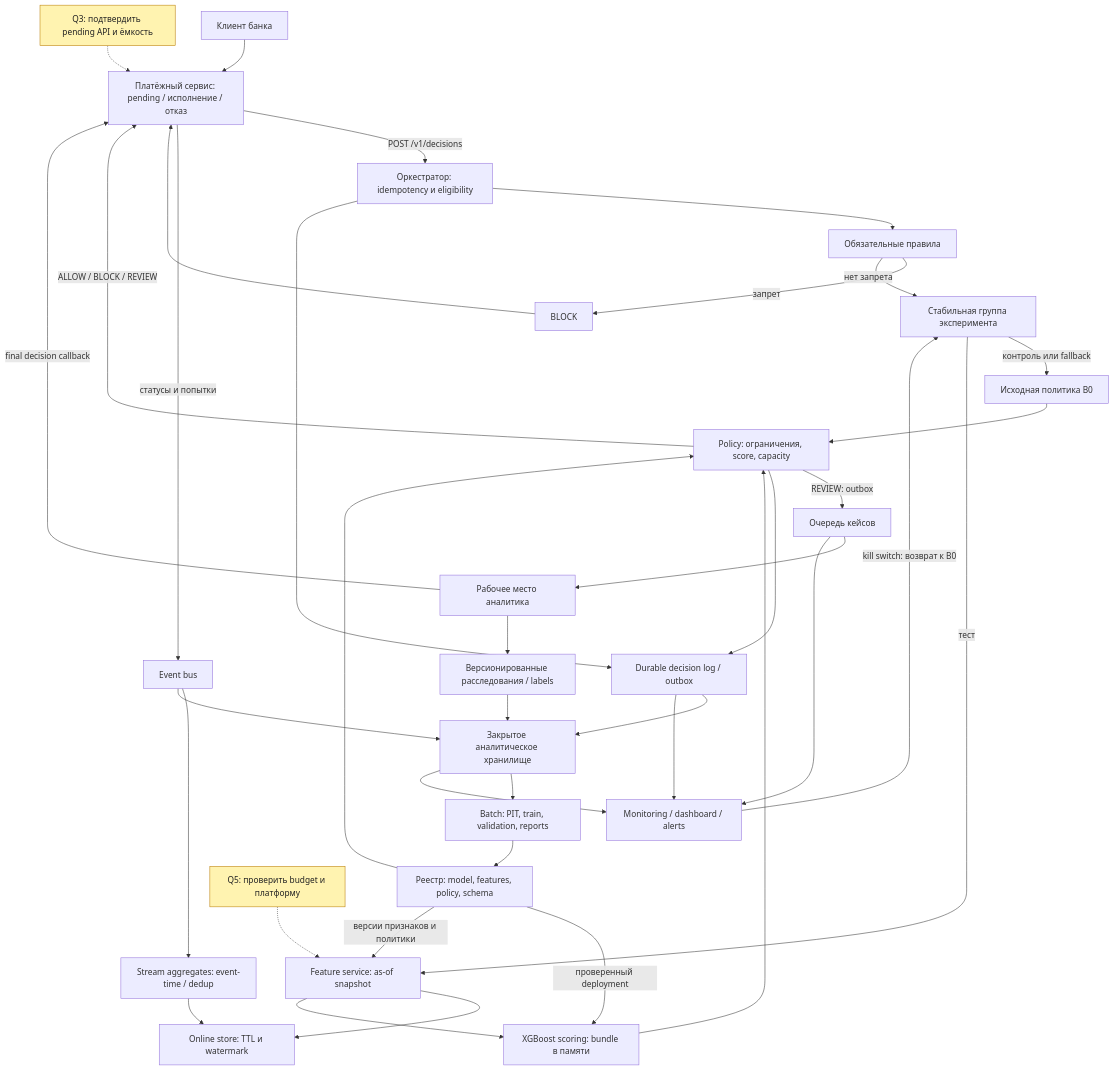
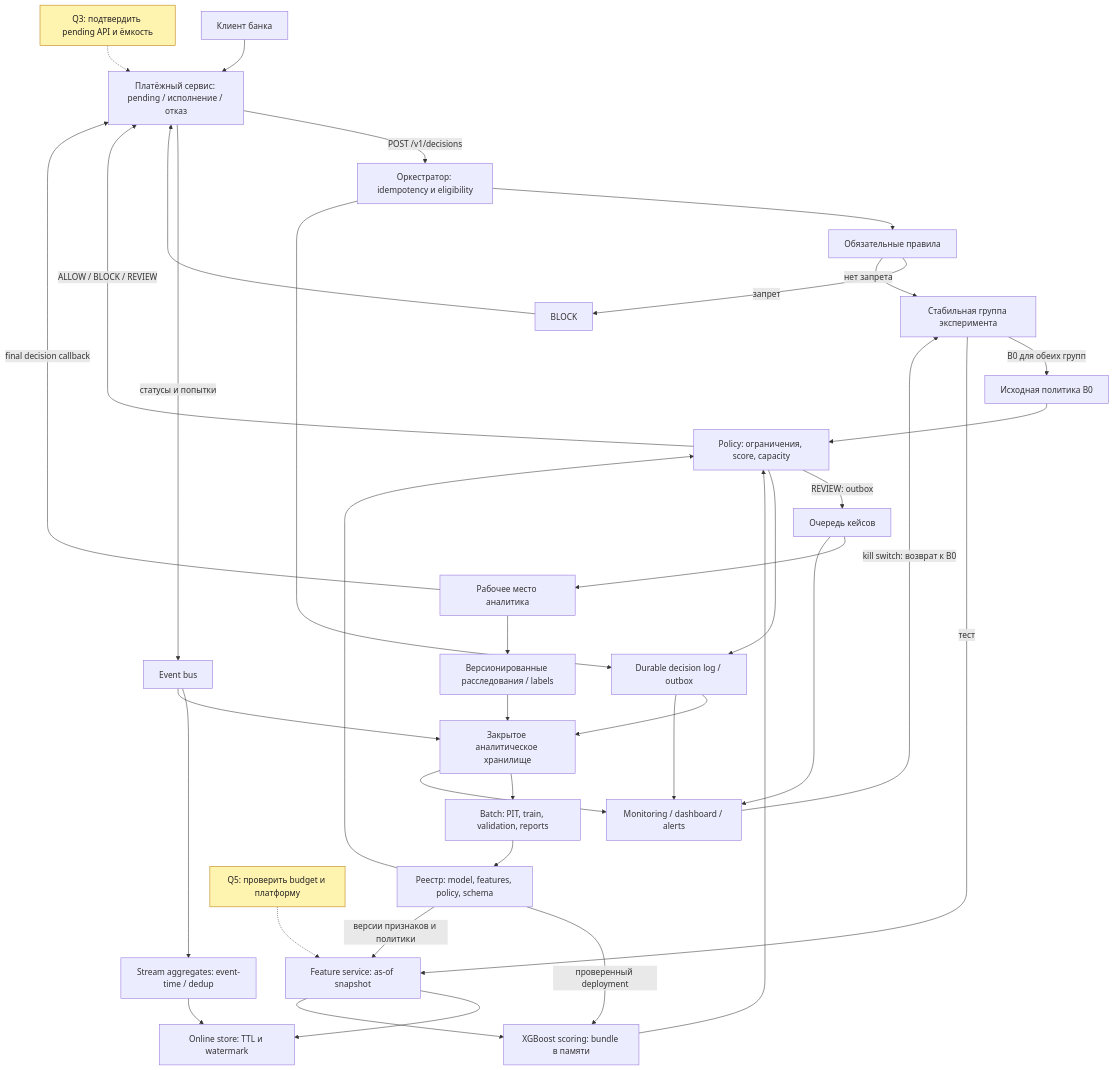
The second of 2 diagrams in ML System Design Doc.md (balamozhnovma/antifraud-ml-system-design), drawn with Mermaid before and after one commit. The commit also changed other lines of this file and 2 other files, not shown here.

````diff
--- a/ML System Design Doc.md
+++ b/ML System Design Doc.md
@@ -285,41 +285,41 @@
 ```mermaid
 flowchart TD
     U["Клиент банка"] --> PAY["Платёжный сервис: pending / исполнение / отказ"]
     PAY -->|"POST /v1/decisions"| O["Оркестратор: idempotency и eligibility"]
     O --> H["Обязательные правила"]
     H -->|"запрет"| B["BLOCK"]
     H -->|"нет запрета"| SW["Стабильная группа эксперимента"]
-    SW -->|"контроль или fallback"| OLD["Исходная политика B0"]
+    SW -->|"B0 для обеих групп"| OLD["Исходная политика B0"]
     SW -->|"тест"| F["Feature service: as-of snapshot"]
     F --> CACHE["Online store: TTL и watermark"]
     F --> M["XGBoost scoring: bundle в памяти"]
     OLD --> P["Policy: ограничения, score, capacity"]
     M --> P
     P -->|"ALLOW / BLOCK / REVIEW"| PAY
     B --> PAY
     P -->|"REVIEW: outbox"| Q["Очередь кейсов"]
     Q --> UI["Рабочее место аналитика"]
     UI -->|"final decision callback"| PAY
     O --> LOG["Durable decision log / outbox"]
     P --> LOG
     PAY -->|"статусы и попытки"| BUS["Event bus"]
     BUS --> AGG["Stream aggregates: event-time / dedup"]
     AGG --> CACHE
     BUS --> DWH["Закрытое аналитическое хранилище"]
     LOG --> DWH
     UI --> LABEL["Версионированные расследования / labels"]
     LABEL --> DWH
     DWH --> TRAIN["Batch: PIT, train, validation, reports"]
     TRAIN --> REG["Реестр: model, features, policy, schema"]
     REG -->|"проверенный deployment"| M
     REG -->|"версии признаков и политики"| F
     REG --> P
     LOG --> MON["Monitoring / dashboard / alerts"]
     DWH --> MON
     Q --> MON
     MON -->|"kill switch: возврат к B0"| SW
     QA["Q5: проверить budget и платформу"] -.-> F
     QB["Q3: подтвердить pending API и ёмкость"] -.-> PAY
     classDef open fill:#fff3b0,stroke:#b77900,color:#222;
     class QA,QB open;
 ```
````
